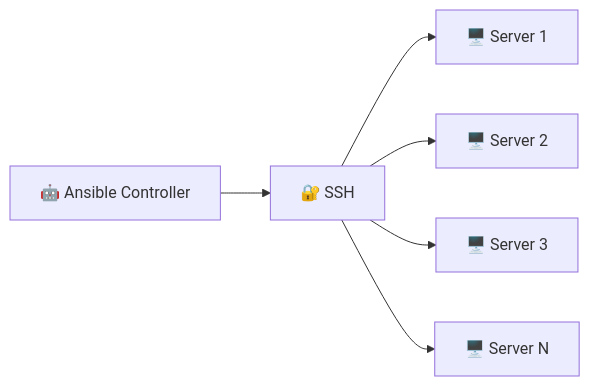
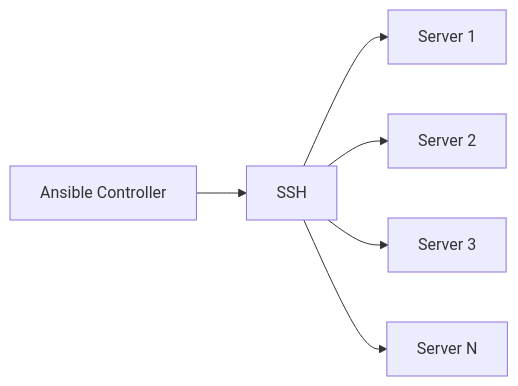
Before and after one commit to Yuvii2102/My-Devops-Cloud-Journey: the eighth of 37 diagrams in DevOps-Labs-and-Projects/ Day-06 to Day-12/README.md, drawn with Mermaid. The commit also changed other lines of this file, not shown here.

````diff
--- a/DevOps-Labs-and-Projects/ Day-06 to Day-12/README.md
+++ b/DevOps-Labs-and-Projects/ Day-06 to Day-12/README.md
@@ -637,8 +453,8 @@
 ```mermaid
 flowchart LR
-    A["🤖 Ansible Controller"] --> B["🔐 SSH"]
-    B --> C["🖥️ Server 1"]
-    B --> D["🖥️ Server 2"]
-    B --> E["🖥️ Server 3"]
-    B --> F["🖥️ Server N"]
+    A["Ansible Controller"] --> B["SSH"]
+    B --> C["Server 1"]
+    B --> D["Server 2"]
+    B --> E["Server 3"]
+    B --> F["Server N"]
 ```
````
